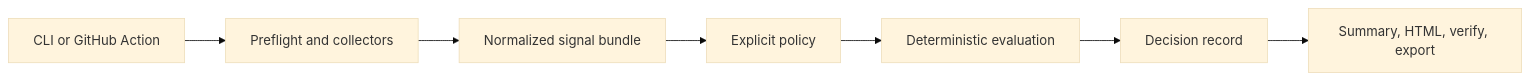
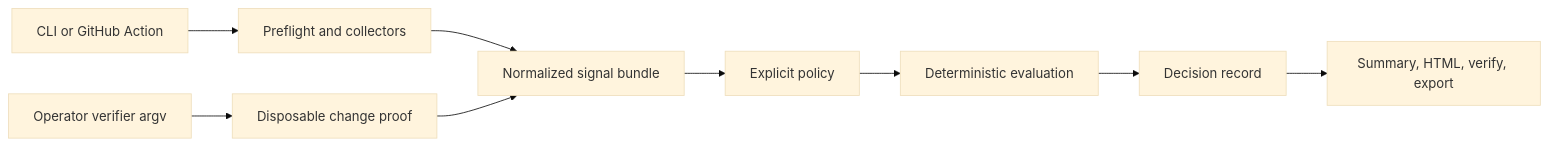
The diagram in docs/DEVELOPMENT.md (RafineriaAI/aos-workflow-gate), drawn with Mermaid (base theme) before and after one commit. The commit also changed other lines of this file and 53 other files, not shown here.

````diff
--- a/docs/DEVELOPMENT.md
+++ b/docs/DEVELOPMENT.md
@@ -32,9 +32,11 @@
 ```mermaid
 flowchart LR
   A[CLI or GitHub Action] --> B[Preflight and collectors]
   B --> C[Normalized signal bundle]
+  H[Operator verifier argv] --> I[Disposable change proof]
+  I --> C
   C --> D[Explicit policy]
   D --> E[Deterministic evaluation]
   E --> F[Decision record]
   F --> G[Summary, HTML, verify, export]
 ```
````
